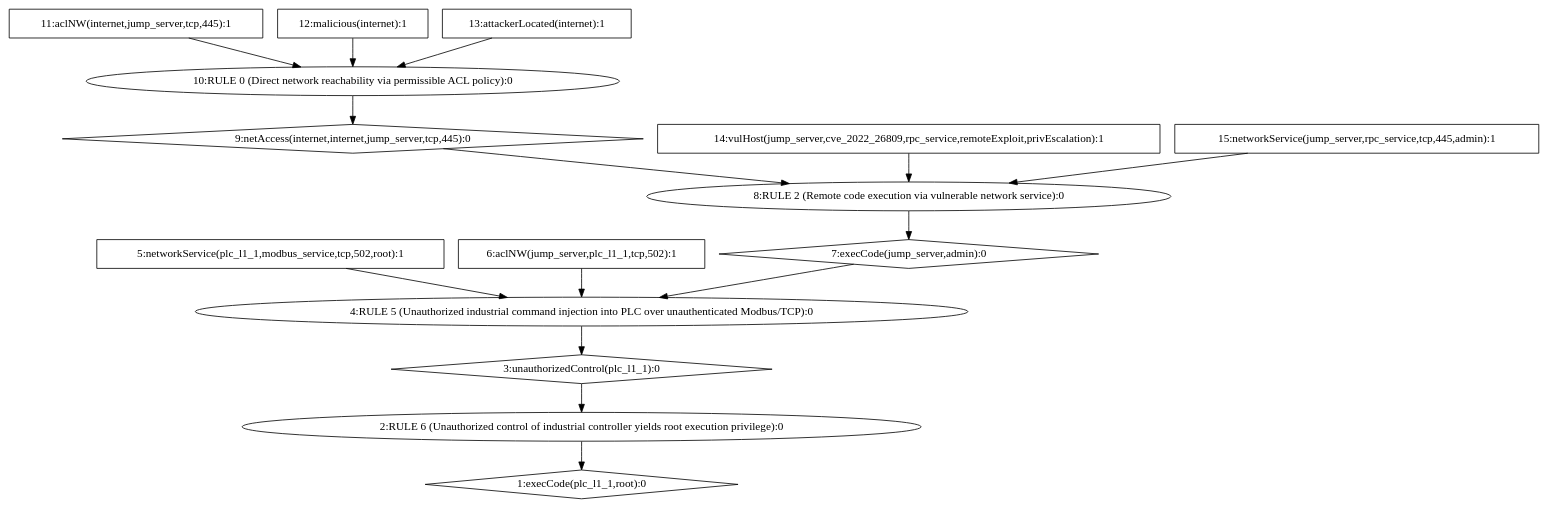
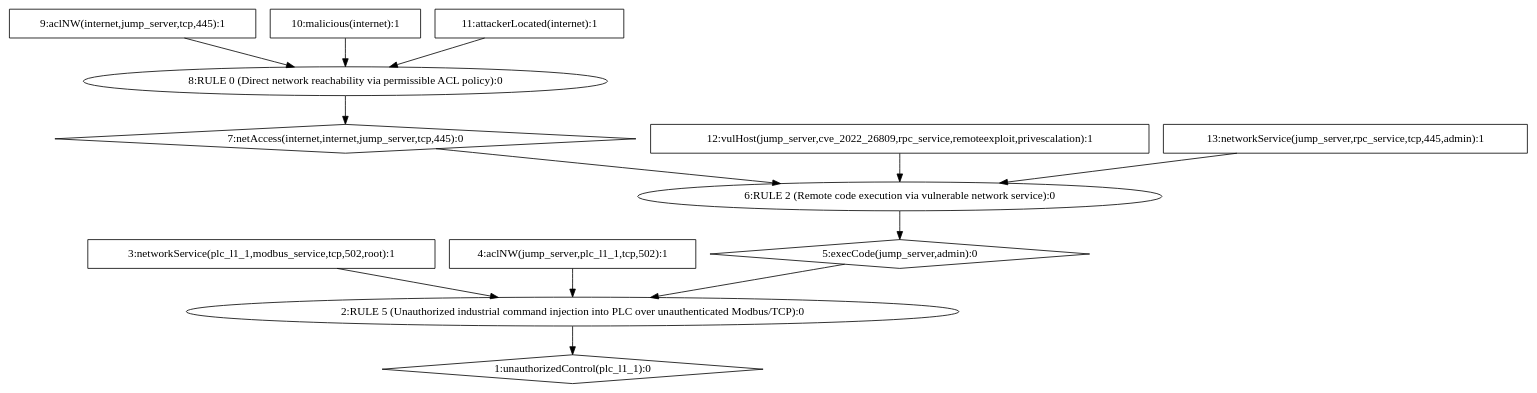
Before and after one commit to kacurrelsja/MULVAL: the diagram in ot_pipeline/results/dot/AttackGraph_04_PLC_Command_Injection.dot, drawn with Graphviz. The commit also changed 52 other files, not shown here.

```diff
--- a/ot_pipeline/results/dot/AttackGraph_04_PLC_Command_Injection.dot
+++ b/ot_pipeline/results/dot/AttackGraph_04_PLC_Command_Injection.dot
@@ -1,31 +1,27 @@
 digraph G {
-	1 [label="1:execCode(plc_l1_1,root):0",shape=diamond];
-	2 [label="2:RULE 6 (Unauthorized control of industrial controller yields root execution privilege):0",shape=ellipse];
-	3 [label="3:unauthorizedControl(plc_l1_1):0",shape=diamond];
-	4 [label="4:RULE 5 (Unauthorized industrial command injection into PLC over unauthenticated Modbus/TCP):0",shape=ellipse];
-	5 [label="5:networkService(plc_l1_1,modbus_service,tcp,502,root):1",shape=box];
-	6 [label="6:aclNW(jump_server,plc_l1_1,tcp,502):1",shape=box];
-	7 [label="7:execCode(jump_server,admin):0",shape=diamond];
-	8 [label="8:RULE 2 (Remote code execution via vulnerable network service):0",shape=ellipse];
-	9 [label="9:netAccess(internet,internet,jump_server,tcp,445):0",shape=diamond];
-	10 [label="10:RULE 0 (Direct network reachability via permissible ACL policy):0",shape=ellipse];
-	11 [label="11:aclNW(internet,jump_server,tcp,445):1",shape=box];
-	12 [label="12:malicious(internet):1",shape=box];
-	13 [label="13:attackerLocated(internet):1",shape=box];
-	14 [label="14:vulHost(jump_server,cve_2022_26809,rpc_service,remoteExploit,privEscalation):1",shape=box];
-	15 [label="15:networkService(jump_server,rpc_service,tcp,445,admin):1",shape=box];
-	5 -> 	4;
-	6 -> 	4;
-	11 -> 	10;
-	12 -> 	10;
-	13 -> 	10;
-	10 -> 	9;
+	1 [label="1:unauthorizedControl(plc_l1_1):0",shape=diamond];
+	2 [label="2:RULE 5 (Unauthorized industrial command injection into PLC over unauthenticated Modbus/TCP):0",shape=ellipse];
+	3 [label="3:networkService(plc_l1_1,modbus_service,tcp,502,root):1",shape=box];
+	4 [label="4:aclNW(jump_server,plc_l1_1,tcp,502):1",shape=box];
+	5 [label="5:execCode(jump_server,admin):0",shape=diamond];
+	6 [label="6:RULE 2 (Remote code execution via vulnerable network service):0",shape=ellipse];
+	7 [label="7:netAccess(internet,internet,jump_server,tcp,445):0",shape=diamond];
+	8 [label="8:RULE 0 (Direct network reachability via permissible ACL policy):0",shape=ellipse];
+	9 [label="9:aclNW(internet,jump_server,tcp,445):1",shape=box];
+	10 [label="10:malicious(internet):1",shape=box];
+	11 [label="11:attackerLocated(internet):1",shape=box];
+	12 [label="12:vulHost(jump_server,cve_2022_26809,rpc_service,remoteexploit,privescalation):1",shape=box];
+	13 [label="13:networkService(jump_server,rpc_service,tcp,445,admin):1",shape=box];
+	3 -> 	2;
+	4 -> 	2;
 	9 -> 	8;
-	14 -> 	8;
-	15 -> 	8;
+	10 -> 	8;
+	11 -> 	8;
 	8 -> 	7;
-	7 -> 	4;
-	4 -> 	3;
-	3 -> 	2;
+	7 -> 	6;
+	12 -> 	6;
+	13 -> 	6;
+	6 -> 	5;
+	5 -> 	2;
 	2 -> 	1;
 }
```
